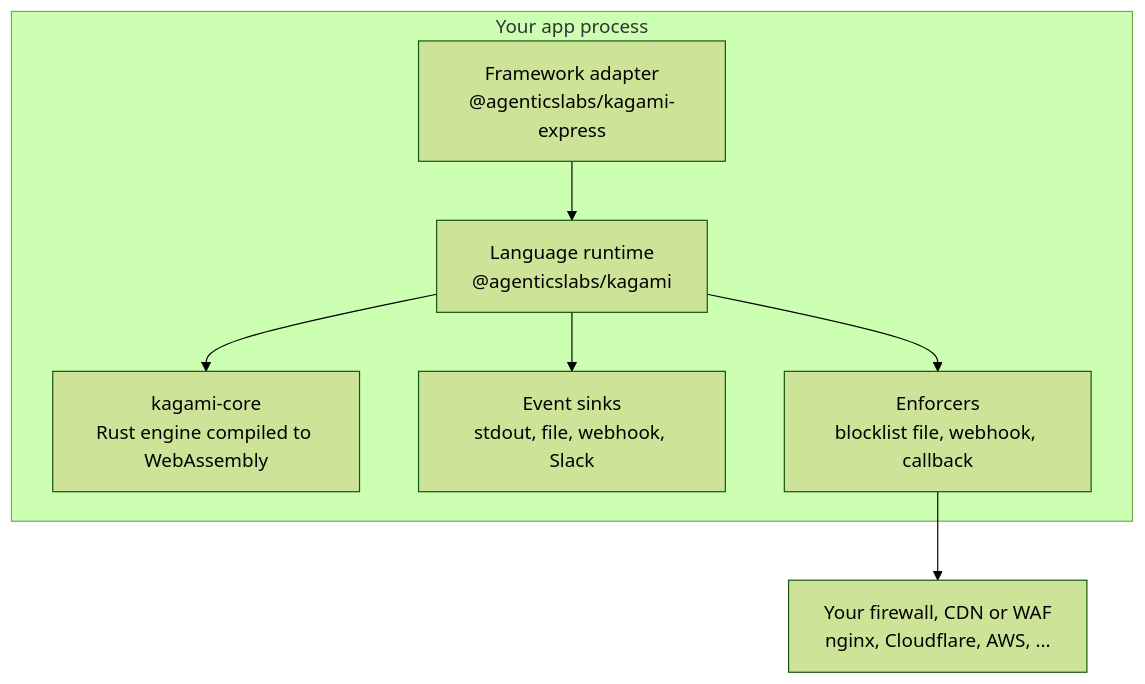
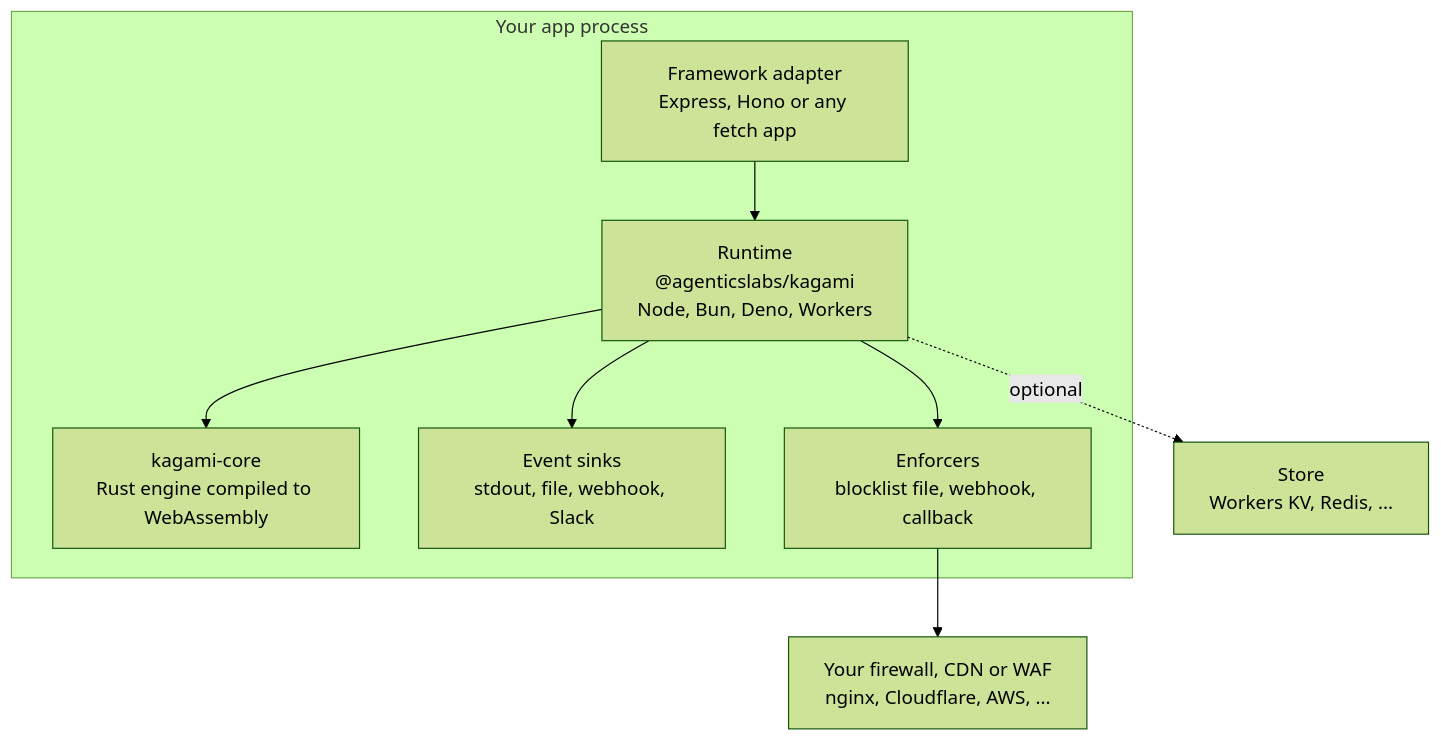
Before and after one commit to agenticslabs-xyz/lurensic: the second of 2 diagrams in README.md, drawn with Mermaid (forest theme). The commit also changed other lines of this file and 15 other files, not shown here.

````diff
--- a/README.md
+++ b/README.md
@@ -78,10 +79,11 @@
 ```mermaid
 flowchart TB
     subgraph proc["Your app process"]
-        AD["Framework adapter<br/>@agenticslabs/kagami-express"] --> NODE["Language runtime<br/>@agenticslabs/kagami"]
+        AD["Framework adapter<br/>Express, Hono or any fetch app"] --> NODE["Runtime<br/>@agenticslabs/kagami<br/>Node, Bun, Deno, Workers"]
         NODE --> CORE["kagami-core<br/>Rust engine compiled to WebAssembly"]
         NODE --> SINKS["Event sinks<br/>stdout, file, webhook, Slack"]
         NODE --> ENF["Enforcers<br/>blocklist file, webhook, callback"]
     end
+    NODE -.->|"optional"| ST["Store<br/>Workers KV, Redis, ..."]
     ENF --> FW["Your firewall, CDN or WAF<br/>nginx, Cloudflare, AWS, ..."]
 ```
````
